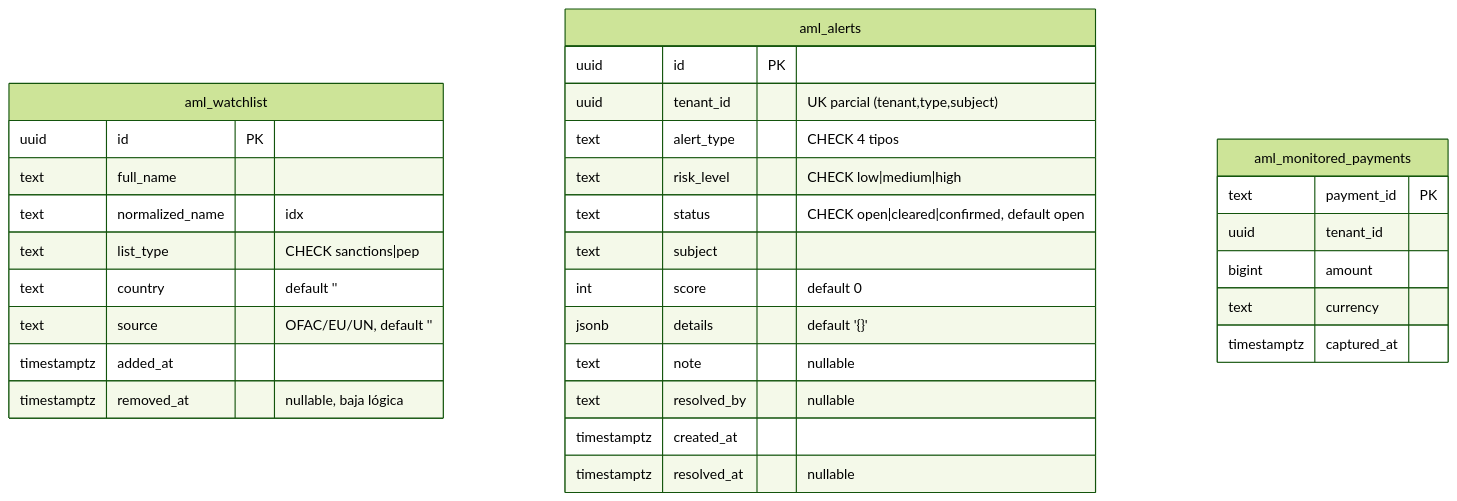
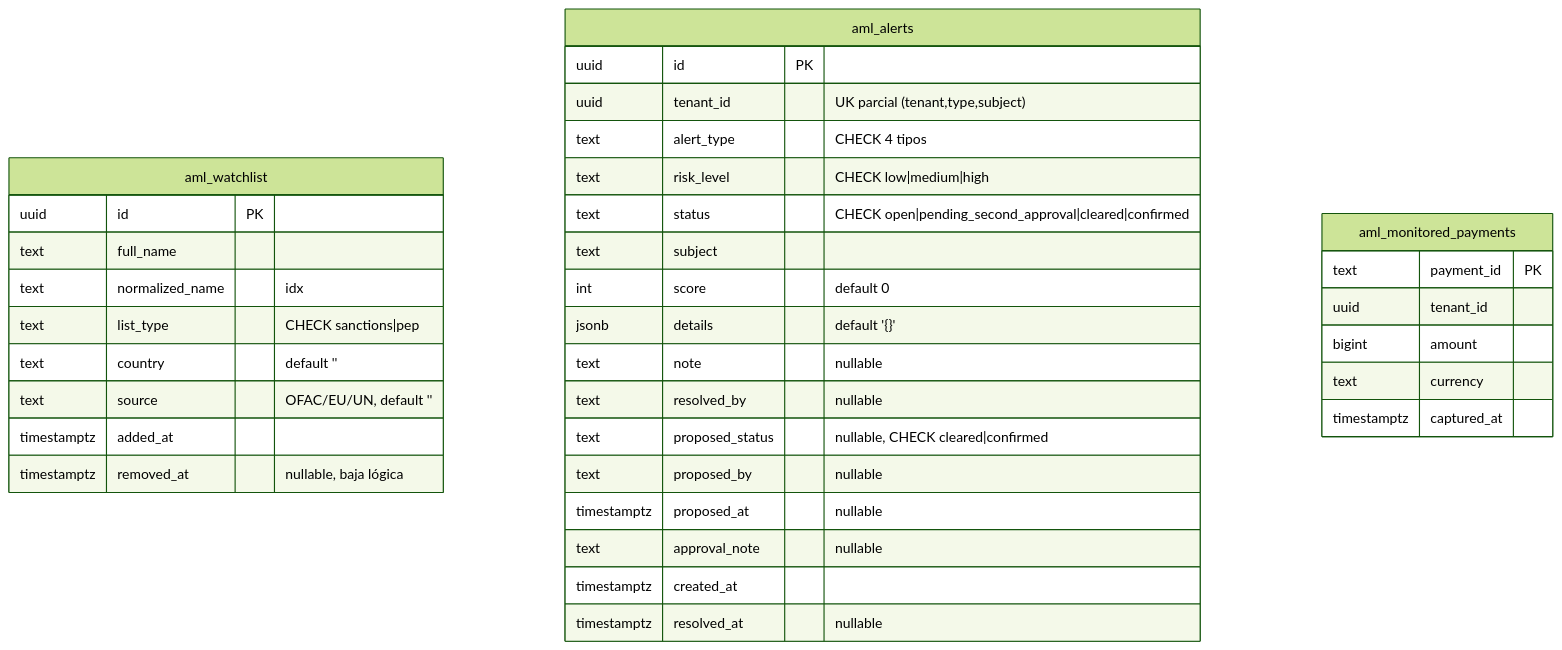
One commit to juantevez/cobros-platform changed the fourth of 4 diagrams in docs/technical/COMPLIANCE.md. Above: the diagram before and after it, drawn with Mermaid (forest theme). The commit also changed other lines of this file and 5 other files, not shown here.

````diff
--- a/docs/technical/COMPLIANCE.md
+++ b/docs/technical/COMPLIANCE.md
@@ -417,34 +550,38 @@
 ```mermaid
 erDiagram
     aml_watchlist {
         uuid id PK
         text full_name
         text normalized_name "idx"
         text list_type "CHECK sanctions|pep"
         text country "default ''"
         text source "OFAC/EU/UN, default ''"
         timestamptz added_at
         timestamptz removed_at "nullable, baja lógica"
     }
     aml_alerts {
         uuid id PK
         uuid tenant_id "UK parcial (tenant,type,subject)"
         text alert_type "CHECK 4 tipos"
         text risk_level "CHECK low|medium|high"
-        text status "CHECK open|cleared|confirmed, default open"
+        text status "CHECK open|pending_second_approval|cleared|confirmed"
         text subject
         int score "default 0"
         jsonb details "default '{}'"
         text note "nullable"
         text resolved_by "nullable"
+        text proposed_status "nullable, CHECK cleared|confirmed"
+        text proposed_by "nullable"
+        timestamptz proposed_at "nullable"
+        text approval_note "nullable"
         timestamptz created_at
         timestamptz resolved_at "nullable"
     }
     aml_monitored_payments {
         text payment_id PK
         uuid tenant_id
         bigint amount
         text currency
         timestamptz captured_at
     }
 ```
````
